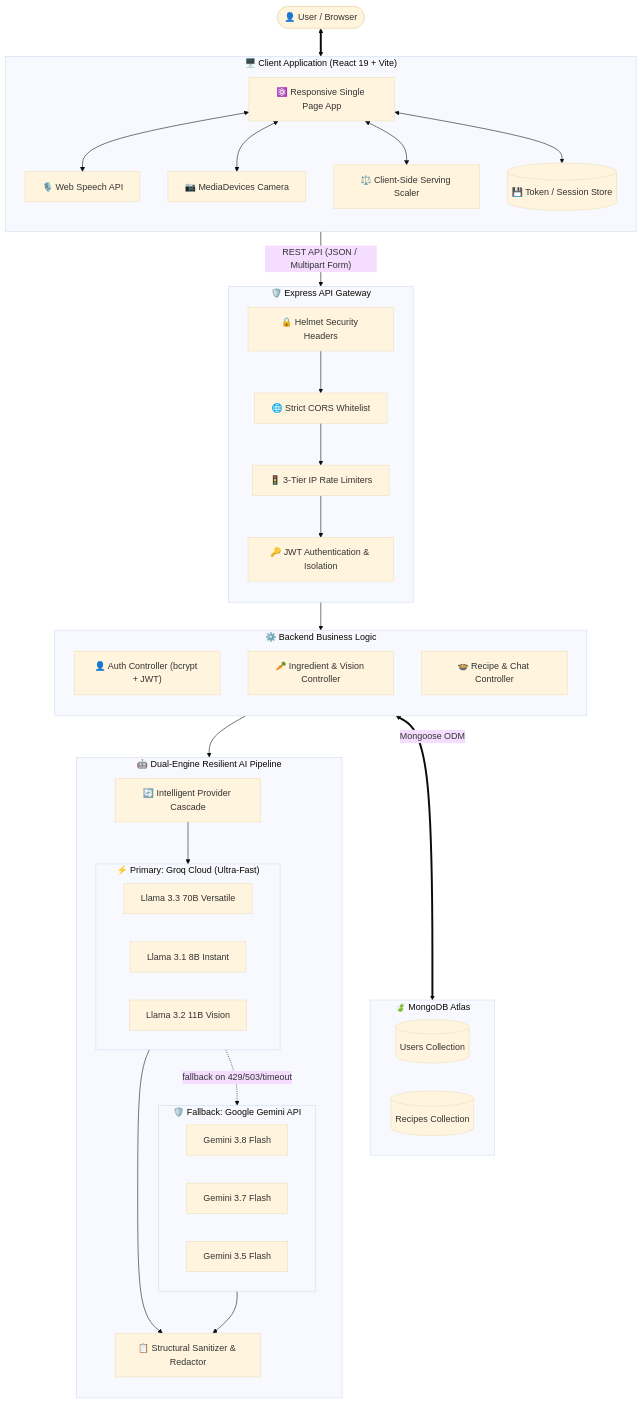
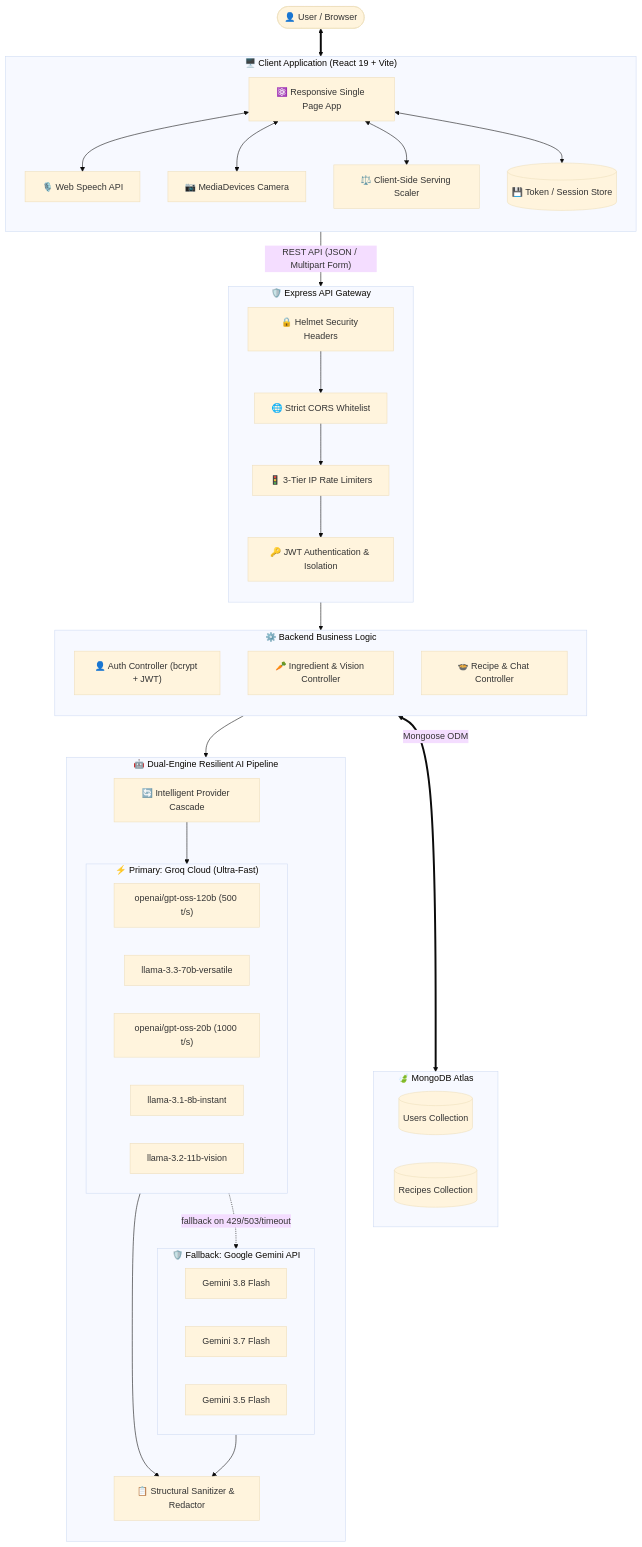
One commit to harsh-raj00/ChefMind-AI changed the diagram in README.md. Above: the diagram before and after it, drawn with Mermaid (base theme). The commit also changed other lines of this file and 2 other files, not shown here.

First line of the commit message:
feat(ai): configure openai/gpt-oss-120b as primary Groq model with ultra-fast cascade

````diff
--- a/README.md
+++ b/README.md
@@ -77,59 +77,61 @@
 ```mermaid
 flowchart TB
     User([👤 User / Browser])
 
     subgraph Client ["🖥️ Client Application (React 19 + Vite)"]
         direction TB
         UI["⚛️ Responsive Single Page App"]
         Speech["🎙️ Web Speech API"]
         Camera["📷 MediaDevices Camera"]
         Scaler["⚖️ Client-Side Serving Scaler"]
         Storage[("💾 Token / Session Store")]
         UI <--> Speech & Camera & Scaler & Storage
     end
 
     subgraph Gateway ["🛡️ Express API Gateway"]
         direction TB
         SecHeaders["🔒 Helmet Security Headers"]
         Cors["🌐 Strict CORS Whitelist"]
         Limiter["🚦 3-Tier IP Rate Limiters"]
         AuthMiddleware["🔑 JWT Authentication & Isolation"]
         SecHeaders --> Cors --> Limiter --> AuthMiddleware
     end
 
     subgraph Controllers ["⚙️ Backend Business Logic"]
         direction TB
         AuthCtrl["👤 Auth Controller (bcrypt + JWT)"]
         IngCtrl["🥕 Ingredient & Vision Controller"]
         RecCtrl["🍲 Recipe & Chat Controller"]
     end
 
     subgraph AI_Engine ["🤖 Dual-Engine Resilient AI Pipeline"]
         direction TB
         Chain["🔄 Intelligent Provider Cascade"]
         subgraph Groq_Tier ["⚡ Primary: Groq Cloud (Ultra-Fast)"]
-            G1["Llama 3.3 70B Versatile"]
-            G2["Llama 3.1 8B Instant"]
-            GV["Llama 3.2 11B Vision"]
+            G1["openai/gpt-oss-120b (500 t/s)"]
+            G2["llama-3.3-70b-versatile"]
+            G3["openai/gpt-oss-20b (1000 t/s)"]
+            G4["llama-3.1-8b-instant"]
+            GV["llama-3.2-11b-vision"]
         end
         subgraph Gemini_Tier ["🛡️ Fallback: Google Gemini API"]
             M1["Gemini 3.8 Flash"]
             M2["Gemini 3.7 Flash"]
             M3["Gemini 3.5 Flash"]
         end
         Validator["📋 Structural Sanitizer & Redactor"]
         Chain --> Groq_Tier -. "fallback on 429/503/timeout" .-> Gemini_Tier
         Groq_Tier & Gemini_Tier --> Validator
     end
 
     subgraph Database ["🍃 MongoDB Atlas"]
         UsersCol[("Users Collection")]
         RecipesCol[("Recipes Collection")]
     end
 
     User <==> UI
     UI -- "REST API (JSON / Multipart Form)" --> Gateway
     Gateway --> Controllers
     Controllers --> AI_Engine
     Controllers <== "Mongoose ODM" ==> Database
 ```
````
